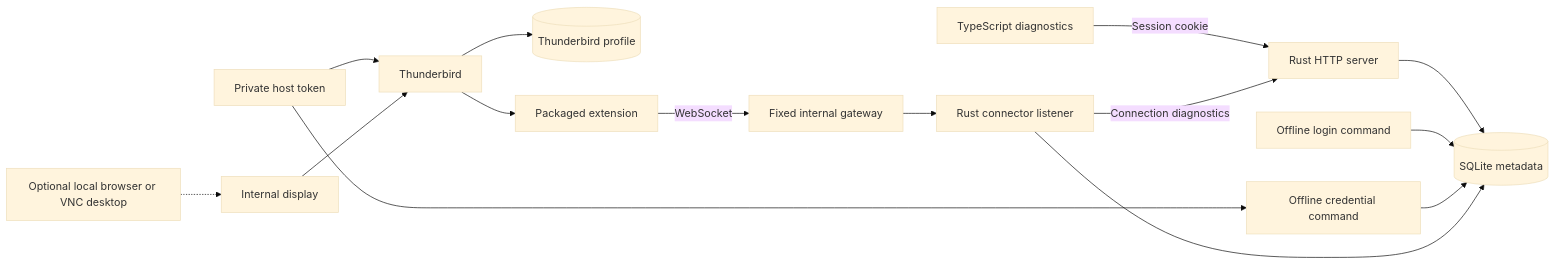
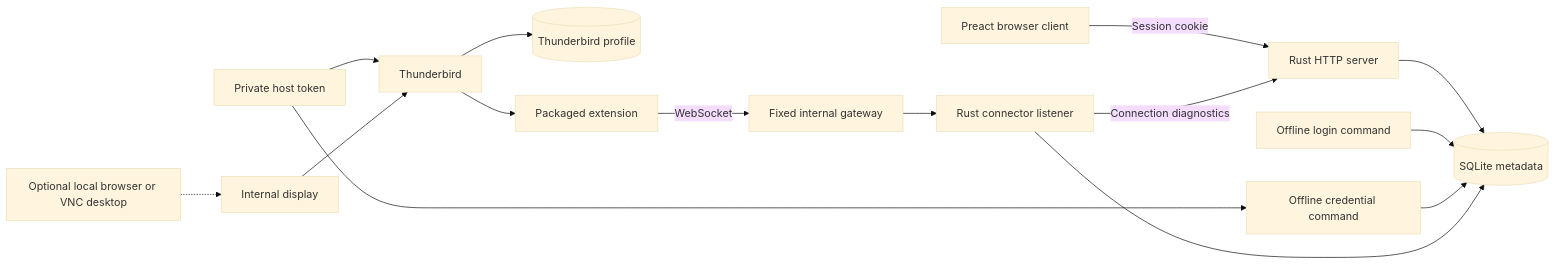
Before and after one commit to woswos/raicho: the diagram in docs/reference/architecture.md, drawn with Mermaid (base theme). The commit also changed other lines of this file and 5 other files, not shown here.

Commit message:
docs: describe the browser client

````diff
--- a/docs/reference/architecture.md
+++ b/docs/reference/architecture.md
@@ -75,17 +76,17 @@
 ```mermaid
 flowchart LR
-    Browser[TypeScript diagnostics] -->|Session cookie| Server[Rust HTTP server]
+    Browser[Preact browser client] -->|Session cookie| Server[Rust HTTP server]
     Server --> State[(SQLite metadata)]
     Login[Offline login command] --> State
     Provisioner[Offline credential command] --> State
     Token[Private host token] --> Provisioner
     Token --> Thunderbird
     Admin[Optional local browser or VNC desktop] -.-> Display[Internal display]
     Display --> Thunderbird[Thunderbird]
     Thunderbird --> Profile[(Thunderbird profile)]
     Thunderbird --> Extension[Packaged extension]
     Extension -->|WebSocket| Gateway[Fixed internal gateway]
     Gateway --> Listener[Rust connector listener]
     Listener --> State
     Listener -->|Connection diagnostics| Server
 ```
````
